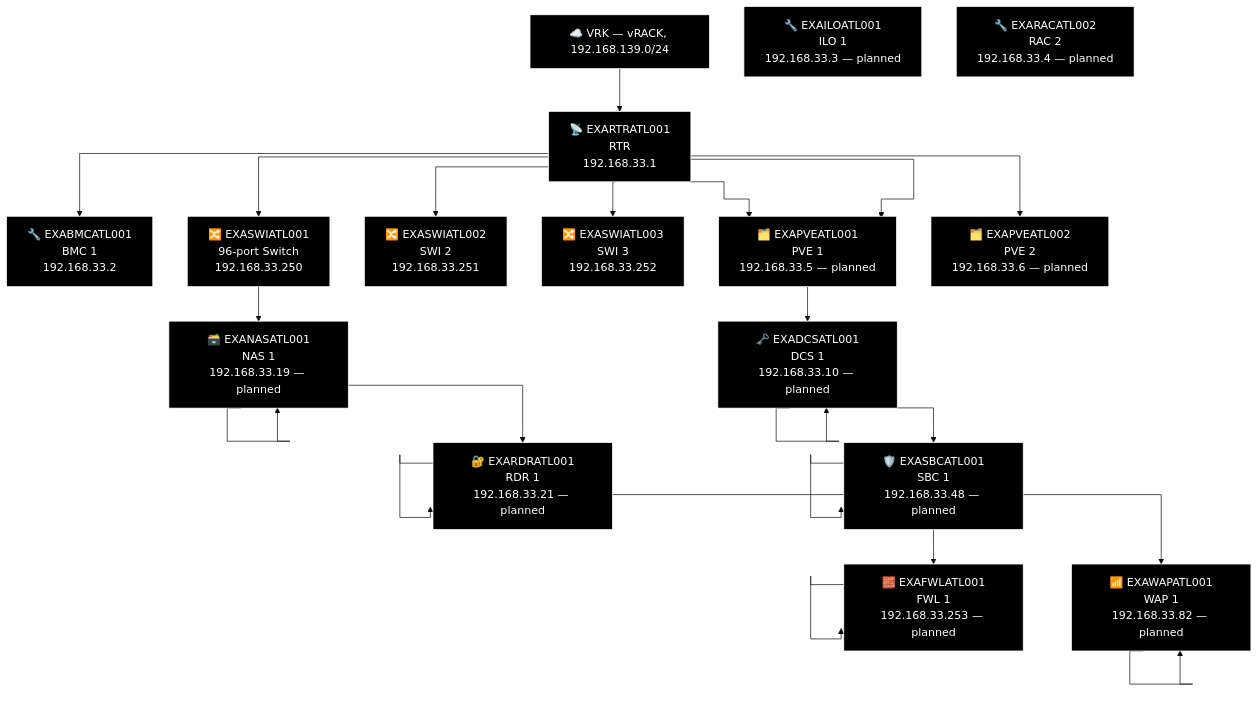
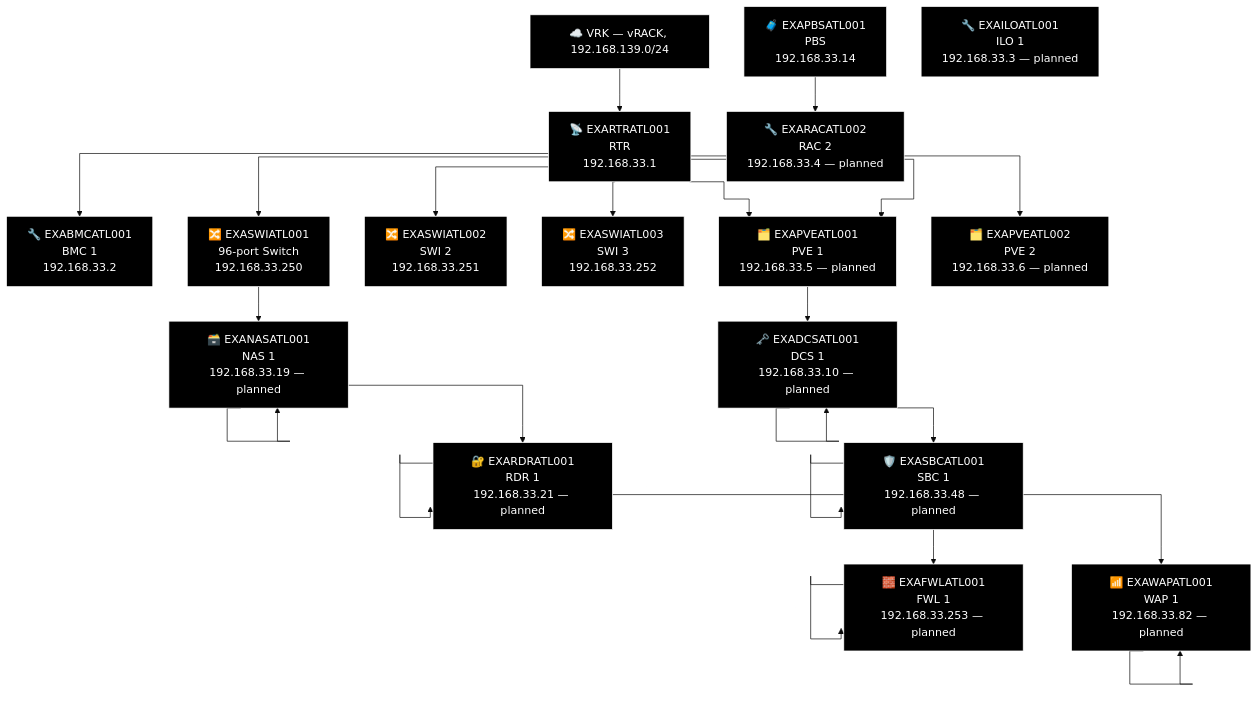
Diagram 13 of 21 in docs/network-diagram/united-states.md (knightmare2600/example_music_infra), drawn with Mermaid (base theme) before and after one commit. The commit also changed other lines of this file and 14 other files, not shown here.

First line of the commit message:
docs/network-diagram: regenerate, every site was missing its PBS node

````diff
--- a/docs/network-diagram/united-states.md
+++ b/docs/network-diagram/united-states.md
@@ -598,62 +608,65 @@
 ```mermaid
 %% GENERATED:TOPOLOGY:ATL:START
 %%{init: {'flowchart': {'curve': 'stepAfter'}}}%%
 graph TD
     T_VRK["☁️ VRK — vRACK, 192.168.139.0/24"]
     T_RTR["📡 EXARTRATL001<br/>RTR<br/>192.168.33.1"]
     T_VRK --> T_RTR
     T_BMC["🔧 EXABMCATL001<br/>BMC 1<br/>192.168.33.2"]
     T_RTR --> T_BMC
     T_PVE["🗂️ EXAPVEATL001<br/>PVE 1<br/>192.168.33.5"]
     T_RTR --> T_PVE
     T_SWI["🔀 EXASWIATL002<br/>SWI 2<br/>192.168.33.251"]
     T_RTR --> T_SWI
     T_SWI2["🔀 EXASWIATL003<br/>SWI 3<br/>192.168.33.252"]
     T_RTR --> T_SWI2
     T_SWI3["🔀 EXASWIATL001<br/>96-port Switch<br/>192.168.33.250"]
     T_RTR --> T_SWI3
     T_PVE["🗂️ EXAPVEATL001<br/>PVE 1<br/>192.168.33.5 — planned"]
     T_RTR --> T_PVE
     T_PVE2["🗂️ EXAPVEATL002<br/>PVE 2<br/>192.168.33.6 — planned"]
     T_RTR --> T_PVE2
     T_NAS["🗃️ EXANASATL001<br/>NAS<br/>192.168.33.19"]
     T_NAS["🗃️ EXANASATL001<br/>NAS 1<br/>192.168.33.19 — planned"]
     T_RDR["🔐 EXARDRATL001<br/>RDR<br/>192.168.33.21"]
     T_RDR["🔐 EXARDRATL001<br/>RDR 1<br/>192.168.33.21 — planned"]
     T_WAP["📶 EXAWAPATL001<br/>WAP 1<br/>192.168.33.82"]
     T_WAP["📶 EXAWAPATL001<br/>WAP 1<br/>192.168.33.82 — planned"]
     T_SWI3 --> T_NAS --> T_NAS --> T_RDR --> T_RDR --> T_WAP --> T_WAP
     T_DCS["🗝️ EXADCSATL001<br/>DCS 1<br/>192.168.33.10"]
     T_DCS["🗝️ EXADCSATL001<br/>DCS 1<br/>192.168.33.10 — planned"]
     T_SBC["🛡️ EXASBCATL001<br/>SBC<br/>192.168.33.48"]
     T_SBC["🛡️ EXASBCATL001<br/>SBC 1<br/>192.168.33.48 — planned"]
     T_FWL["🧱 EXAFWLATL001<br/>LAN Face<br/>192.168.33.253"]
     T_FWL["🧱 EXAFWLATL001<br/>FWL 1<br/>192.168.33.253 — planned"]
     T_PVE --> T_DCS --> T_DCS --> T_SBC --> T_SBC --> T_FWL --> T_FWL
+    T_PBS["🧳 EXAPBSATL001<br/>PBS<br/>192.168.33.14"]
     T_ILO["🔧 EXAILOATL001<br/>ILO 1<br/>192.168.33.3 — planned"]
     T_RAC["🔧 EXARACATL002<br/>RAC 2<br/>192.168.33.4 — planned"]
+    T_PBS --> T_RAC
     style T_VRK fill:#000000,stroke:#FFFFFF,color:#FFFFFF
     style T_RTR fill:#000000,stroke:#FFFFFF,color:#FFFFFF
     style T_BMC fill:#000000,stroke:#FFFFFF,color:#FFFFFF
     style T_PVE fill:#000000,stroke:#FFFFFF,color:#FFFFFF
     style T_SWI fill:#000000,stroke:#FFFFFF,color:#FFFFFF
     style T_SWI2 fill:#000000,stroke:#FFFFFF,color:#FFFFFF
     style T_SWI3 fill:#000000,stroke:#FFFFFF,color:#FFFFFF
     style T_PVE fill:#000000,stroke:#FFFFFF,color:#FFFFFF
     style T_PVE2 fill:#000000,stroke:#FFFFFF,color:#FFFFFF
     style T_NAS fill:#000000,stroke:#FFFFFF,color:#FFFFFF
     style T_NAS fill:#000000,stroke:#FFFFFF,color:#FFFFFF
     style T_RDR fill:#000000,stroke:#FFFFFF,color:#FFFFFF
     style T_RDR fill:#000000,stroke:#FFFFFF,color:#FFFFFF
     style T_WAP fill:#000000,stroke:#FFFFFF,color:#FFFFFF
     style T_WAP fill:#000000,stroke:#FFFFFF,color:#FFFFFF
     style T_DCS fill:#000000,stroke:#FFFFFF,color:#FFFFFF
     style T_DCS fill:#000000,stroke:#FFFFFF,color:#FFFFFF
     style T_SBC fill:#000000,stroke:#FFFFFF,color:#FFFFFF
     style T_SBC fill:#000000,stroke:#FFFFFF,color:#FFFFFF
     style T_FWL fill:#000000,stroke:#FFFFFF,color:#FFFFFF
     style T_FWL fill:#000000,stroke:#FFFFFF,color:#FFFFFF
+    style T_PBS fill:#000000,stroke:#FFFFFF,color:#FFFFFF
     style T_ILO fill:#000000,stroke:#FFFFFF,color:#FFFFFF
     style T_RAC fill:#000000,stroke:#FFFFFF,color:#FFFFFF
 %% GENERATED:TOPOLOGY:ATL:END
 ```
````
